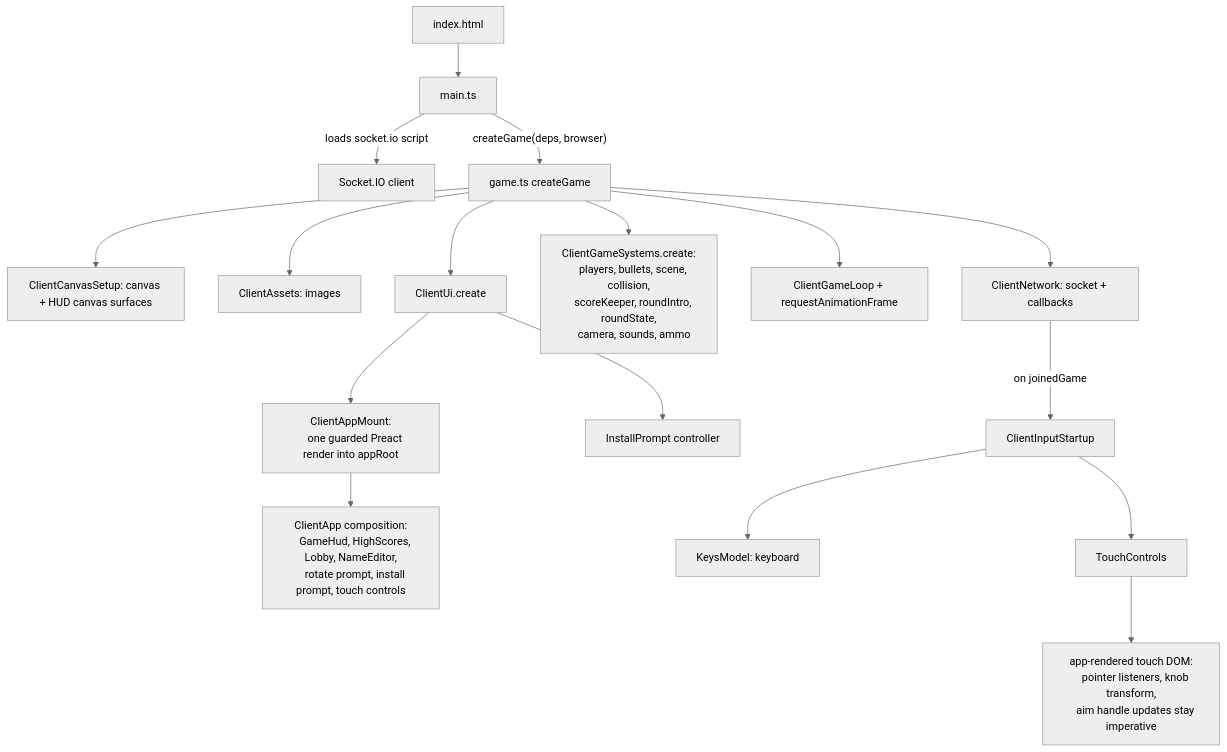
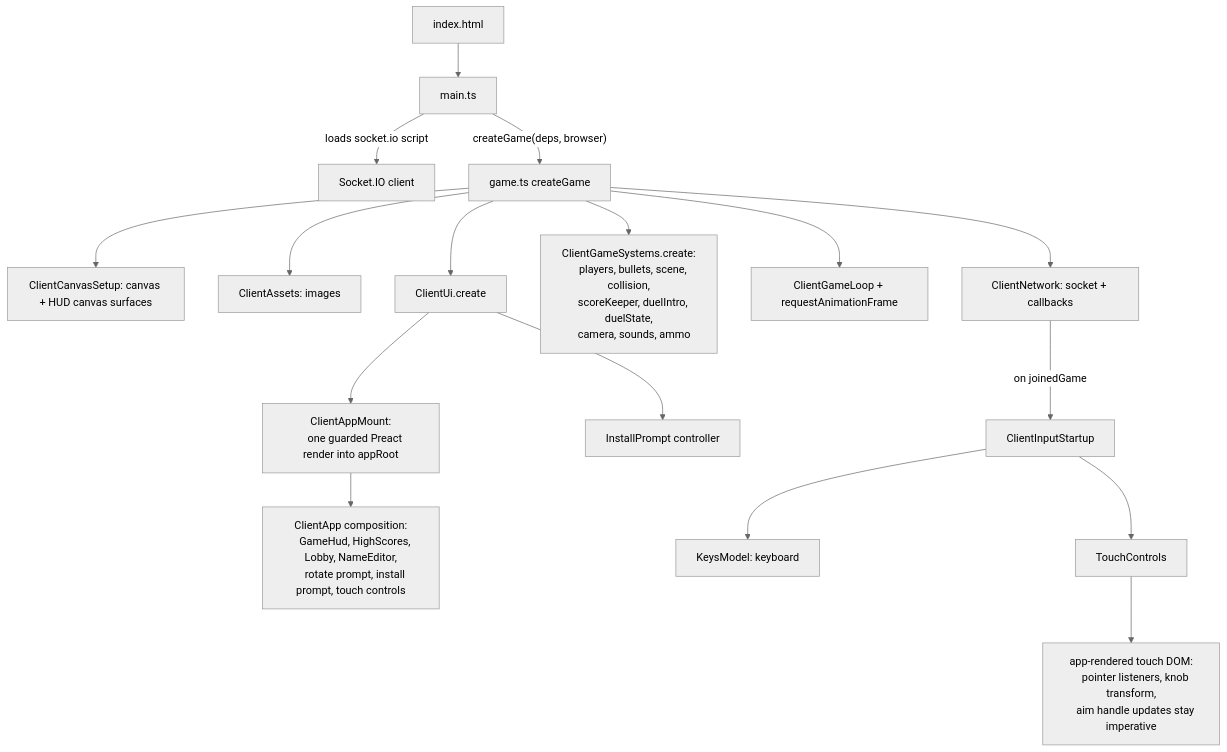
The first of 2 diagrams in documentation/Architecture-flow.md (mkjems/gunfight), drawn with Mermaid (neutral theme) before and after one commit. The commit also changed other lines of this file and 84 other files, not shown here.

Commit message:
P24 - Rename duel/round terminology

````diff
--- a/documentation/Architecture-flow.md
+++ b/documentation/Architecture-flow.md
@@ -86,28 +86,28 @@
 ```mermaid
 flowchart TD
     HTML[index.html] --> MAIN[main.ts]
     MAIN -->|loads socket.io script| SIO[Socket.IO client]
     MAIN -->|"createGame(deps, browser)"| GAME[game.ts createGame]
 
     GAME --> CANVAS[ClientCanvasSetup: canvas + HUD canvas surfaces]
     GAME --> ASSETS[ClientAssets: images]
     GAME --> UI[ClientUi.create]
     UI --> APP["ClientAppMount:
     one guarded Preact render into appRoot"]
     UI --> INSTALL[InstallPrompt controller]
     APP --> SCREENS["ClientApp composition:
     GameHud, HighScores, Lobby, NameEditor,
     rotate prompt, install prompt, touch controls"]
     GAME --> SYSTEMS["ClientGameSystems.create:
     players, bullets, scene, collision,
-    scoreKeeper, roundIntro, roundState,
+    scoreKeeper, duelIntro, duelState,
     camera, sounds, ammo"]
     GAME --> LOOP[ClientGameLoop + requestAnimationFrame]
     GAME --> NET[ClientNetwork: socket + callbacks]
     NET -->|on joinedGame| INPUT[ClientInputStartup]
     INPUT --> KEYS[KeysModel: keyboard]
     INPUT --> TOUCH[TouchControls]
     TOUCH --> TOUCHDOM["app-rendered touch DOM:
     pointer listeners, knob transform,
     aim handle updates stay imperative"]
 ```
````
